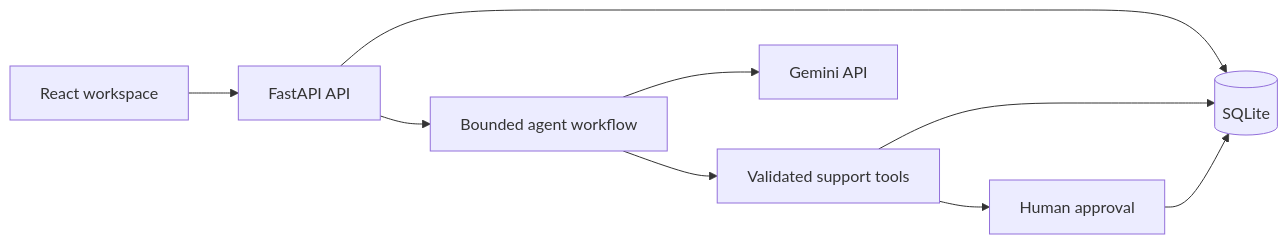
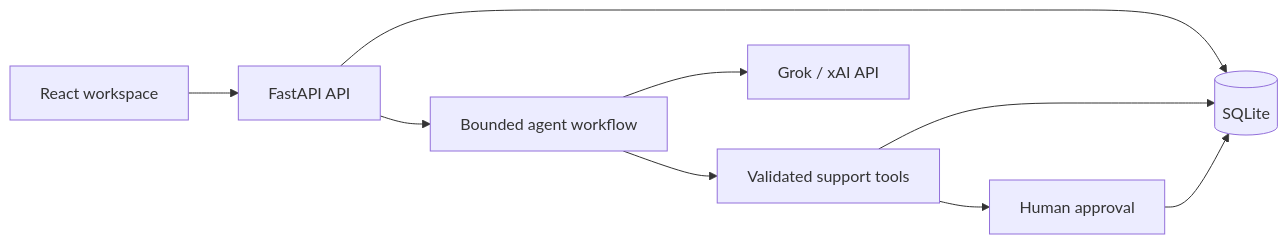
Before and after one commit to GhostAbhi4413/ai-powered-customer-support: the diagram in README.md, drawn with Mermaid. The commit also changed other lines of this file and 10 other files, not shown here.

Commit message:
Switch agent provider from Gemini to Grok

````diff
--- a/README.md
+++ b/README.md
@@ -37,11 +38,11 @@
 ```mermaid
 flowchart LR
     UI[React workspace] --> API[FastAPI API]
     API --> DB[(SQLite)]
     API --> Agent[Bounded agent workflow]
-    Agent --> Gemini[Gemini API]
+    Agent --> Grok[Grok / xAI API]
     Agent --> Tools[Validated support tools]
     Tools --> DB
     Tools --> Approval[Human approval]
     Approval --> DB
 ```
````
